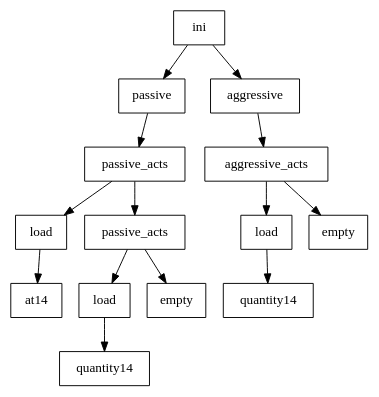
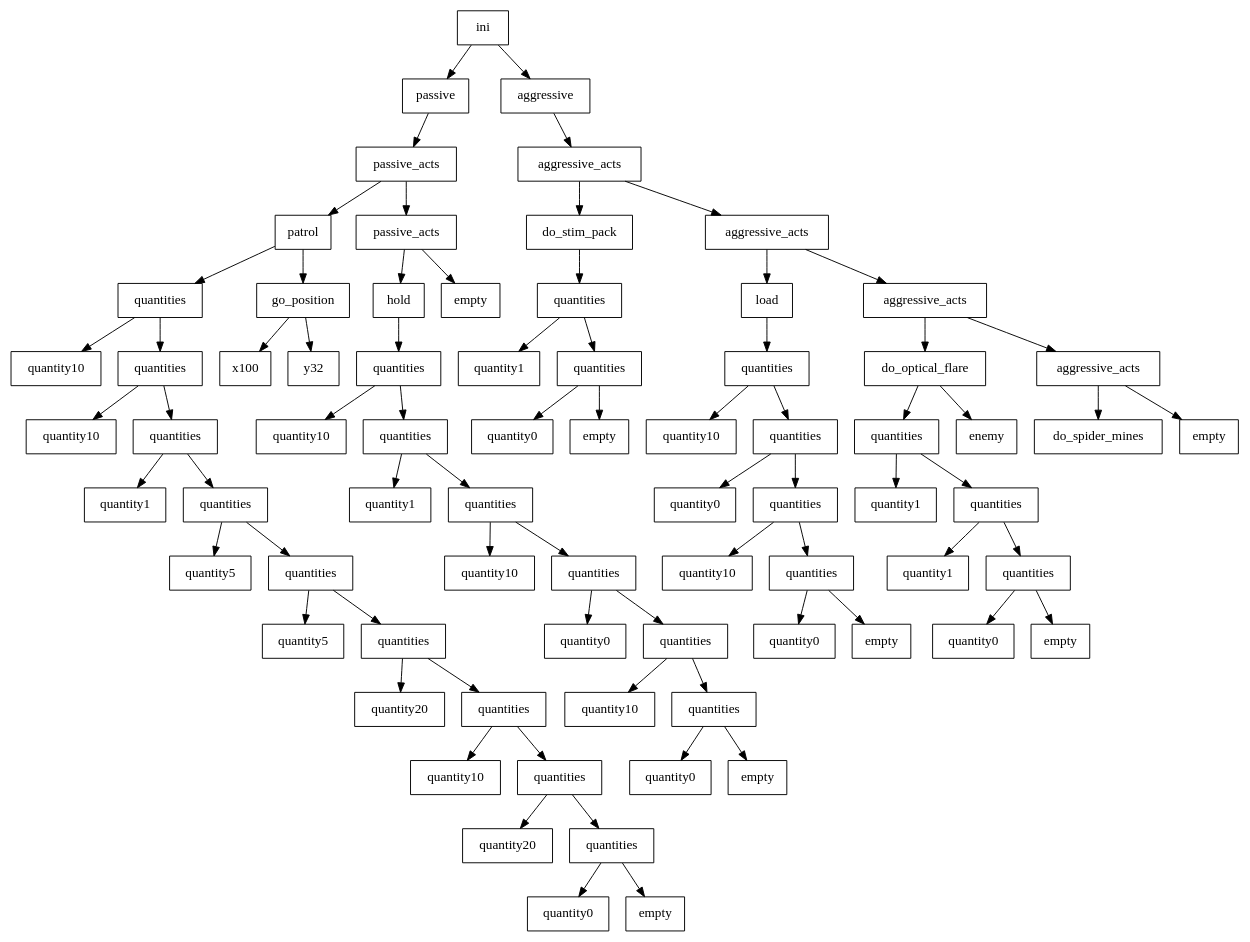
The diagram in GPBot/file2.dot (cryogenic-dreams/StarCraft-GPBot), drawn with Graphviz before and after one commit. The commit also changed 97 other files, not shown here.

```diff
--- a/GPBot/file2.dot
+++ b/GPBot/file2.dot
@@ -1,31 +1,151 @@
 digraph g {
 graph [ordering=out];
 node [shape=rectangle];
 n[label = "ini"];
 n0[label = "passive"];
 n00[label = "passive_acts"];
-n000[label = "load"];
-n0000[label = "at14"];
+n000[label = "patrol"];
+n0000[label = "quantities"];
+n00000[label = "quantity10"];
+n0000 -> n00000;
+n00001[label = "quantities"];
+n000010[label = "quantity10"];
+n00001 -> n000010;
+n000011[label = "quantities"];
+n0000110[label = "quantity1"];
+n000011 -> n0000110;
+n0000111[label = "quantities"];
+n00001110[label = "quantity5"];
+n0000111 -> n00001110;
+n00001111[label = "quantities"];
+n000011110[label = "quantity5"];
+n00001111 -> n000011110;
+n000011111[label = "quantities"];
+n0000111110[label = "quantity20"];
+n000011111 -> n0000111110;
+n0000111111[label = "quantities"];
+n00001111110[label = "quantity10"];
+n0000111111 -> n00001111110;
+n00001111111[label = "quantities"];
+n000011111110[label = "quantity20"];
+n00001111111 -> n000011111110;
+n000011111111[label = "quantities"];
+n0000111111110[label = "quantity0"];
+n000011111111 -> n0000111111110;
+n0000111111111[label = "empty"];
+n000011111111 -> n0000111111111;
+n00001111111 -> n000011111111;
+n0000111111 -> n00001111111;
+n000011111 -> n0000111111;
+n00001111 -> n000011111;
+n0000111 -> n00001111;
+n000011 -> n0000111;
+n00001 -> n000011;
+n0000 -> n00001;
 n000 -> n0000;
+n0001[label = "go_position"];
+n00010[label = "x100"];
+n0001 -> n00010;
+n00011[label = "y32"];
+n0001 -> n00011;
+n000 -> n0001;
 n00 -> n000;
 n001[label = "passive_acts"];
-n0010[label = "load"];
-n00100[label = "quantity14"];
+n0010[label = "hold"];
+n00100[label = "quantities"];
+n001000[label = "quantity10"];
+n00100 -> n001000;
+n001001[label = "quantities"];
+n0010010[label = "quantity1"];
+n001001 -> n0010010;
+n0010011[label = "quantities"];
+n00100110[label = "quantity10"];
+n0010011 -> n00100110;
+n00100111[label = "quantities"];
+n001001110[label = "quantity0"];
+n00100111 -> n001001110;
+n001001111[label = "quantities"];
+n0010011110[label = "quantity10"];
+n001001111 -> n0010011110;
+n0010011111[label = "quantities"];
+n00100111110[label = "quantity0"];
+n0010011111 -> n00100111110;
+n00100111111[label = "empty"];
+n0010011111 -> n00100111111;
+n001001111 -> n0010011111;
+n00100111 -> n001001111;
+n0010011 -> n00100111;
+n001001 -> n0010011;
+n00100 -> n001001;
 n0010 -> n00100;
 n001 -> n0010;
 n0011[label = "empty"];
 n001 -> n0011;
 n00 -> n001;
 n0 -> n00;
 n -> n0;
 n1[label = "aggressive"];
 n10[label = "aggressive_acts"];
-n100[label = "load"];
-n1000[label = "quantity14"];
+n100[label = "do_stim_pack"];
+n1000[label = "quantities"];
+n10000[label = "quantity1"];
+n1000 -> n10000;
+n10001[label = "quantities"];
+n100010[label = "quantity0"];
+n10001 -> n100010;
+n100011[label = "empty"];
+n10001 -> n100011;
+n1000 -> n10001;
 n100 -> n1000;
 n10 -> n100;
-n101[label = "empty"];
+n101[label = "aggressive_acts"];
+n1010[label = "load"];
+n10100[label = "quantities"];
+n101000[label = "quantity10"];
+n10100 -> n101000;
+n101001[label = "quantities"];
+n1010010[label = "quantity0"];
+n101001 -> n1010010;
+n1010011[label = "quantities"];
+n10100110[label = "quantity10"];
+n1010011 -> n10100110;
+n10100111[label = "quantities"];
+n101001110[label = "quantity0"];
+n10100111 -> n101001110;
+n101001111[label = "empty"];
+n10100111 -> n101001111;
+n1010011 -> n10100111;
+n101001 -> n1010011;
+n10100 -> n101001;
+n1010 -> n10100;
+n101 -> n1010;
+n1011[label = "aggressive_acts"];
+n10110[label = "do_optical_flare"];
+n101100[label = "quantities"];
+n1011000[label = "quantity1"];
+n101100 -> n1011000;
+n1011001[label = "quantities"];
+n10110010[label = "quantity1"];
+n1011001 -> n10110010;
+n10110011[label = "quantities"];
+n101100110[label = "quantity0"];
+n10110011 -> n101100110;
+n101100111[label = "empty"];
+n10110011 -> n101100111;
+n1011001 -> n10110011;
+n101100 -> n1011001;
+n10110 -> n101100;
+n101101[label = "enemy"];
+n10110 -> n101101;
+n1011 -> n10110;
+n10111[label = "aggressive_acts"];
+n101110[label = "do_spider_mines"];
+n10111 -> n101110;
+n101111[label = "empty"];
+n10111 -> n101111;
+n1011 -> n10111;
+n101 -> n1011;
 n10 -> n101;
 n1 -> n10;
 n -> n1;
 }
```
